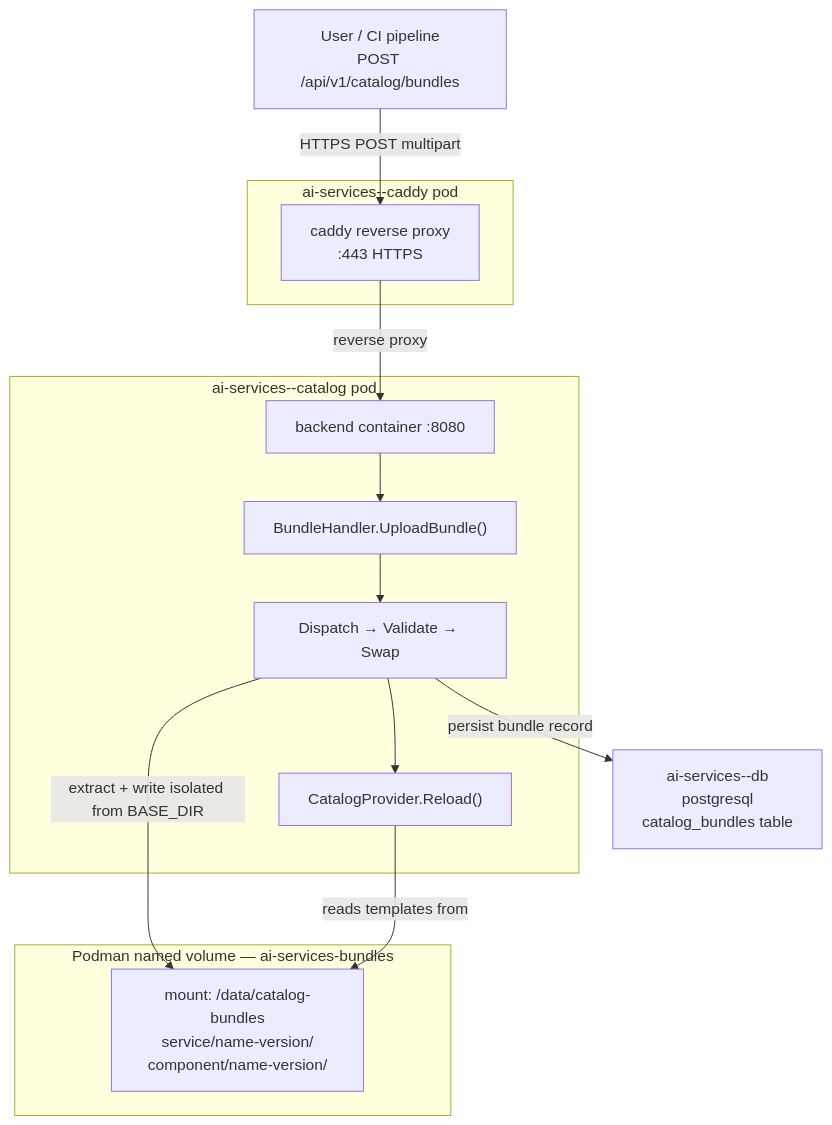
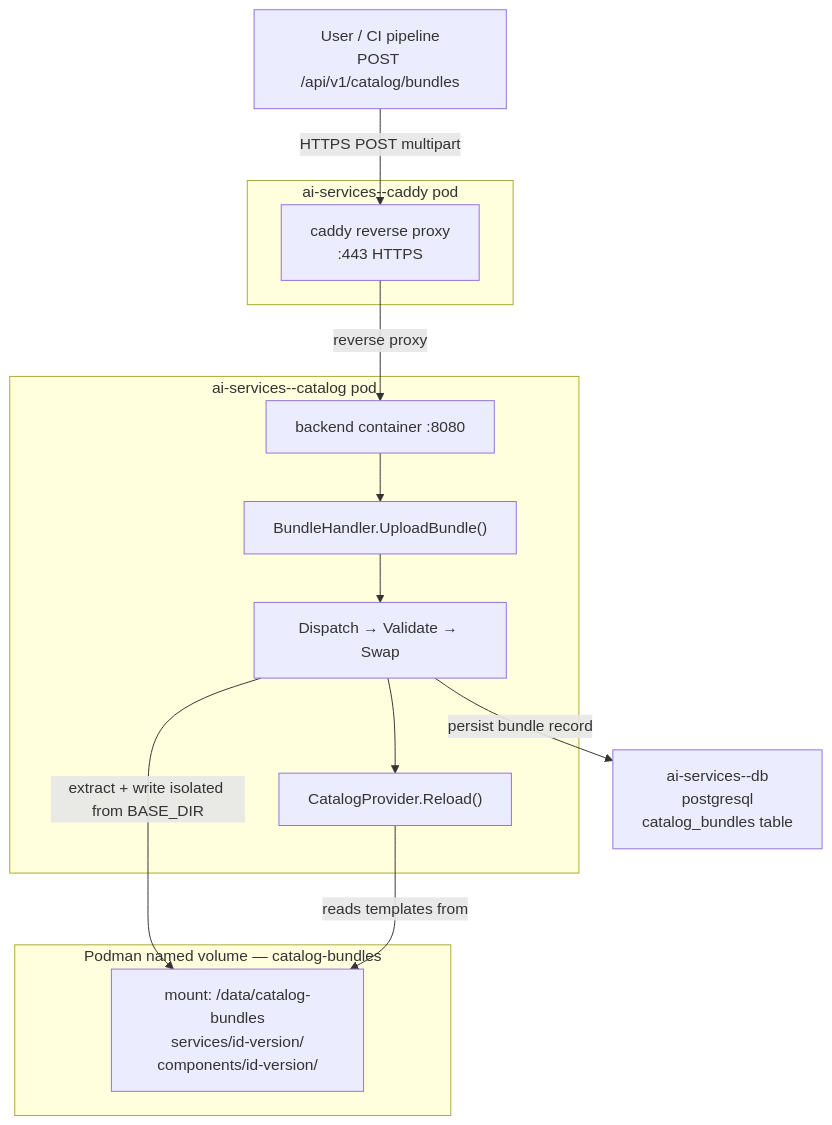
The fourth of 5 diagrams in ai-services/proposal.md (mayuka-c/project-ai-services), drawn with Mermaid before and after one commit. The commit also changed other lines of this file and 3 other files, not shown here.

````diff
--- a/ai-services/proposal.md
+++ b/ai-services/proposal.md
@@ -907,29 +748,29 @@
 ```mermaid
 flowchart TD
     USER["User / CI pipeline<br/>POST /api/v1/catalog/bundles"]
 
     subgraph CADDY_POD["ai-services--caddy pod"]
         PROXY["caddy reverse proxy<br/>:443 HTTPS"]
     end
 
     subgraph CAT_POD["ai-services--catalog pod"]
         BE["backend container :8080"]
         HANDLER["BundleHandler.UploadBundle()"]
         PIPELINE["Dispatch → Validate → Swap"]
         CP["CatalogProvider.Reload()"]
     end
 
-    subgraph VOL["Podman named volume — ai-services-bundles"]
-        BUNDLES["mount: /data/catalog-bundles<br/>service/name-version/<br/>component/name-version/"]
+    subgraph VOL["Podman named volume — catalog-bundles"]
+        BUNDLES["mount: /data/catalog-bundles<br/>services/id-version/<br/>components/id-version/"]
     end
 
     PG["ai-services--db<br/>postgresql<br/>catalog_bundles table"]
 
     USER -- "HTTPS POST multipart" --> PROXY
     PROXY -- "reverse proxy" --> BE
     BE --> HANDLER --> PIPELINE
     PIPELINE -- "extract + write isolated from BASE_DIR" --> BUNDLES
     PIPELINE --> CP
     PIPELINE -- "persist bundle record" --> PG
     CP -- "reads templates from" --> BUNDLES
 ```
````
